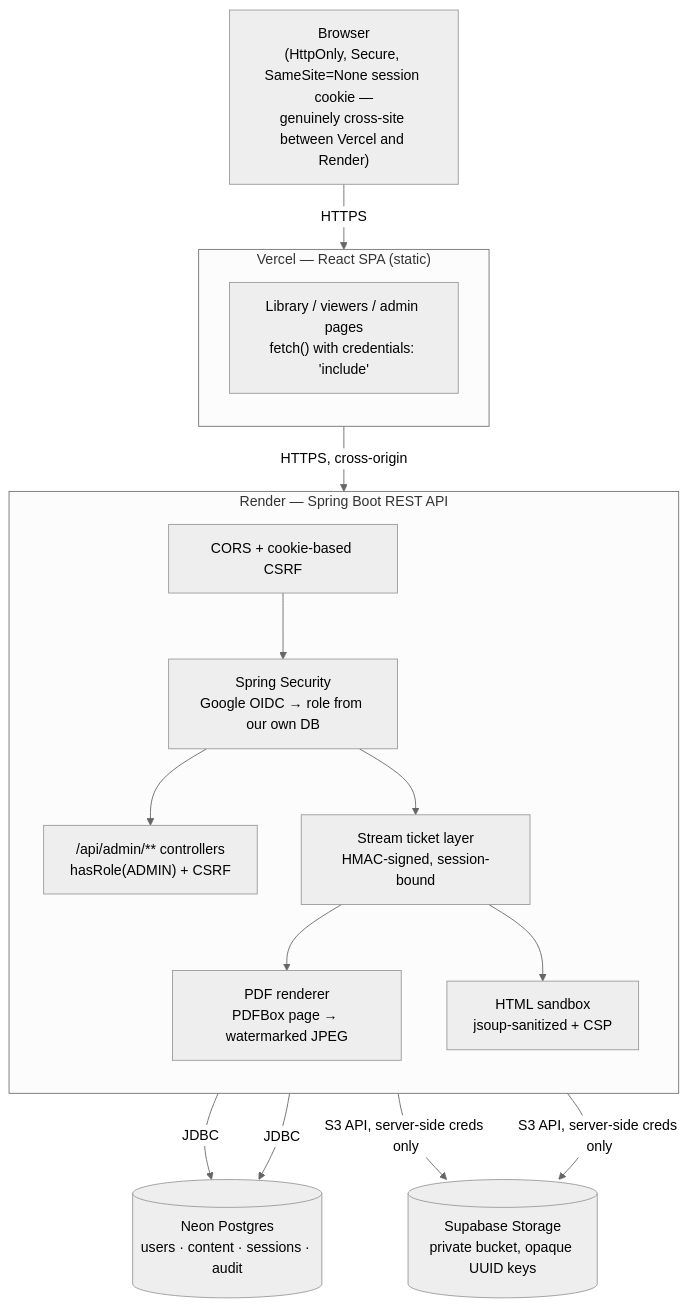
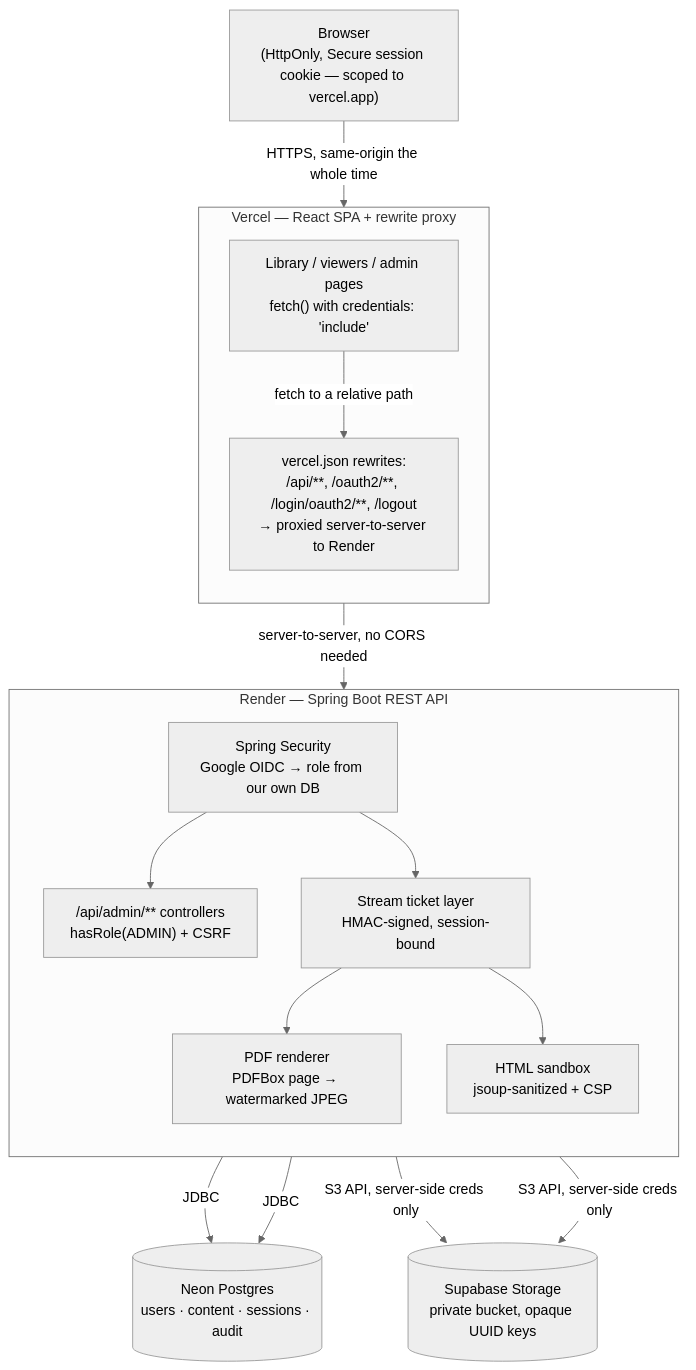
The diagram in README.md (Abishek062006/secure-content-portal), drawn with Mermaid (neutral theme) before and after one commit. The commit also changed other lines of this file, not shown here.

First line of the commit message:
docs: update README for the Vercel proxy, stateless OAuth fix, and UI refresh

````diff
--- a/README.md
+++ b/README.md
@@ -68,34 +69,34 @@
 ```mermaid
 flowchart TB
-    Browser["Browser<br/>(HttpOnly, Secure, SameSite=None session cookie —<br/>genuinely cross-site between Vercel and Render)"]
+    Browser["Browser<br/>(HttpOnly, Secure session cookie — scoped to vercel.app)"]
 
-    subgraph Vercel["Vercel — React SPA (static)"]
+    subgraph Vercel["Vercel — React SPA + rewrite proxy"]
         direction TB
         Spa["Library / viewers / admin pages<br/>fetch() with credentials: 'include'"]
+        Proxy["vercel.json rewrites:<br/>/api/**, /oauth2/**, /login/oauth2/**, /logout<br/>→ proxied server-to-server to Render"]
     end
 
     subgraph Render["Render — Spring Boot REST API"]
         direction TB
-        Cors["CORS + cookie-based CSRF"]
         Sec["Spring Security<br/>Google OIDC → role from our own DB"]
         Api["/api/admin/** controllers<br/>hasRole(ADMIN) + CSRF"]
         Stream["Stream ticket layer<br/>HMAC-signed, session-bound"]
         Pdf["PDF renderer<br/>PDFBox page → watermarked JPEG"]
         Html["HTML sandbox<br/>jsoup-sanitized + CSP"]
     end
 
     Neon[("Neon Postgres<br/>users · content · sessions · audit")]
     Supabase[("Supabase Storage<br/>private bucket, opaque UUID keys")]
 
-    Browser -->|HTTPS| Spa
-    Spa -->|HTTPS, cross-origin| Cors
-    Cors --> Sec
+    Browser -->|HTTPS, same-origin the whole time| Spa
+    Spa -->|fetch to a relative path| Proxy
+    Proxy -->|server-to-server, no CORS needed| Sec
     Sec --> Api
     Sec --> Stream
     Stream --> Pdf
     Stream --> Html
     Api -->|JDBC| Neon
     Stream -->|JDBC| Neon
     Api -->|S3 API, server-side creds only| Supabase
     Stream -->|S3 API, server-side creds only| Supabase
 ```
````
